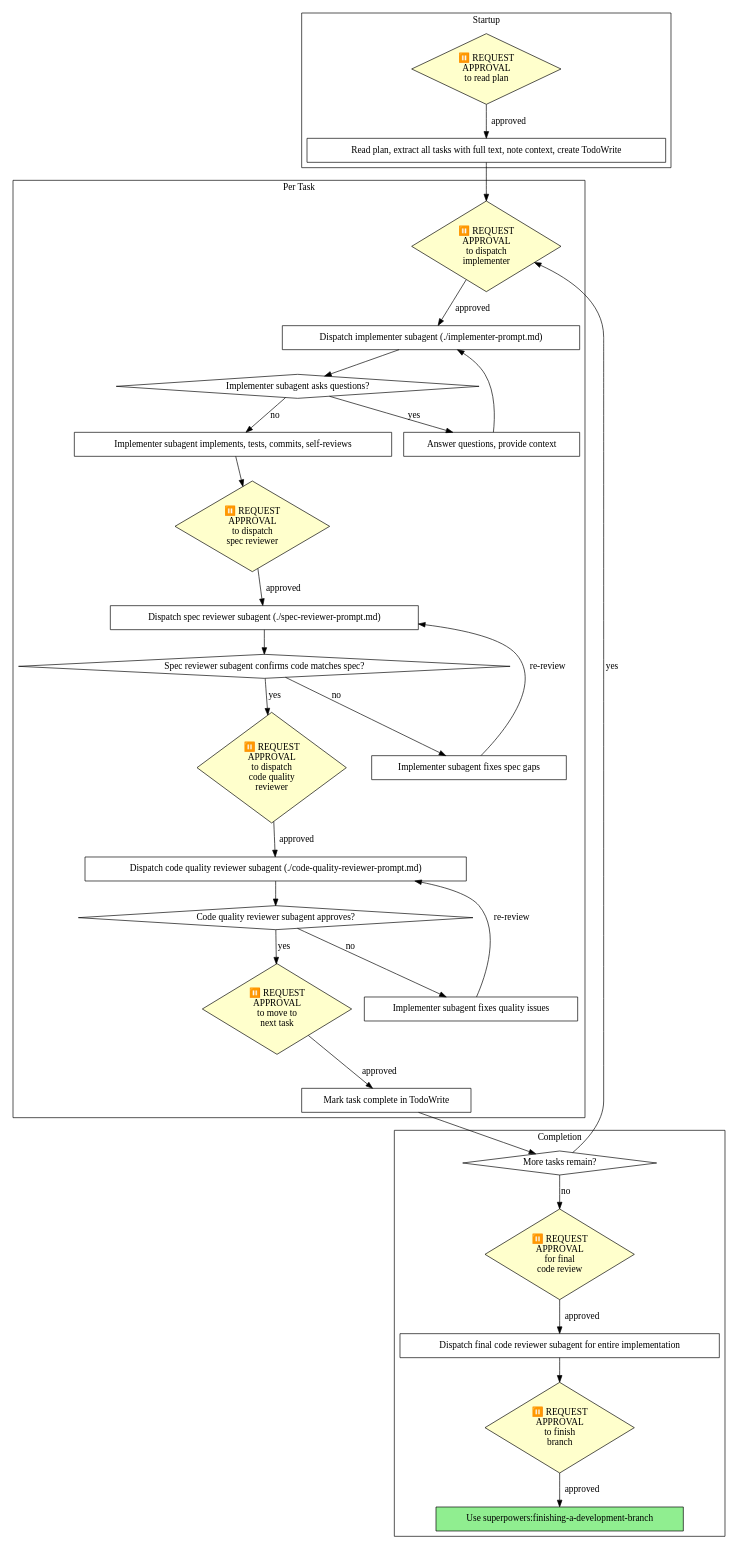
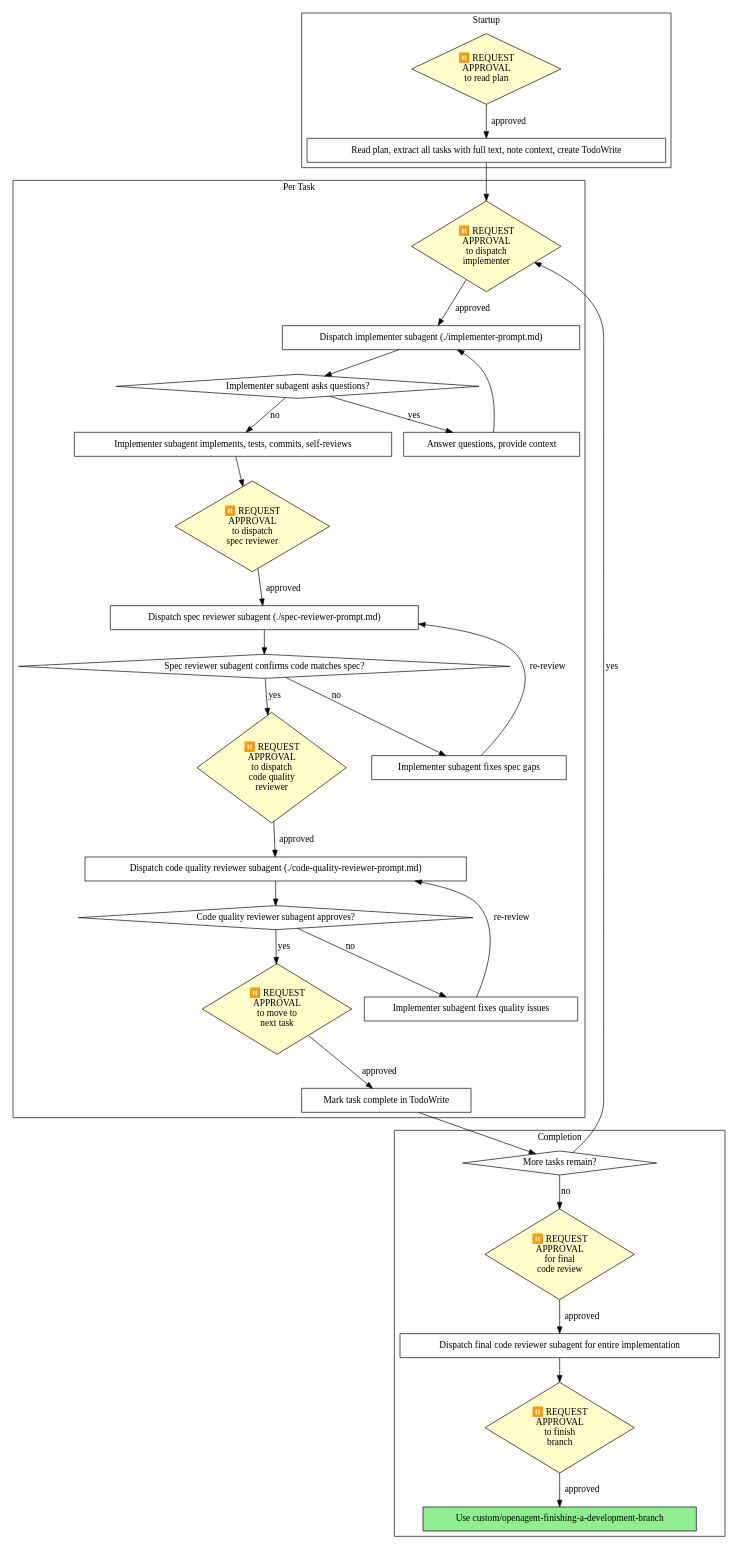
One commit to SvenMarcus/.dotfiles changed the second of 2 diagrams in opencode/.config/opencode/skills/custom/openagent-subagent-driven-development/SKILL.md. Above: the diagram before and after it, drawn with Graphviz. The commit also changed other lines of this file and 21 other files, not shown here.

````diff
--- a/opencode/.config/opencode/skills/custom/openagent-subagent-driven-development/SKILL.md
+++ b/opencode/.config/opencode/skills/custom/openagent-subagent-driven-development/SKILL.md
@@ -43,65 +43,65 @@
 ```dot
 digraph process_openagent {
     rankdir=TB;
 
     subgraph cluster_startup {
         label="Startup";
         approval_read [label="⏸️ REQUEST\nAPPROVAL\nto read plan", shape=diamond, style=filled, fillcolor="#ffffcc"];
         "Read plan, extract all tasks with full text, note context, create TodoWrite" [shape=box];
     }
 
     subgraph cluster_per_task {
         label="Per Task";
         approval_dispatch [label="⏸️ REQUEST\nAPPROVAL\nto dispatch\nimplementer", shape=diamond, style=filled, fillcolor="#ffffcc"];
         "Dispatch implementer subagent (./implementer-prompt.md)" [shape=box];
         "Implementer subagent asks questions?" [shape=diamond];
         "Answer questions, provide context" [shape=box];
         "Implementer subagent implements, tests, commits, self-reviews" [shape=box];
         approval_spec_review [label="⏸️ REQUEST\nAPPROVAL\nto dispatch\nspec reviewer", shape=diamond, style=filled, fillcolor="#ffffcc"];
         "Dispatch spec reviewer subagent (./spec-reviewer-prompt.md)" [shape=box];
         "Spec reviewer subagent confirms code matches spec?" [shape=diamond];
         "Implementer subagent fixes spec gaps" [shape=box];
         approval_code_review [label="⏸️ REQUEST\nAPPROVAL\nto dispatch\ncode quality\nreviewer", shape=diamond, style=filled, fillcolor="#ffffcc"];
         "Dispatch code quality reviewer subagent (./code-quality-reviewer-prompt.md)" [shape=box];
         "Code quality reviewer subagent approves?" [shape=diamond];
         "Implementer subagent fixes quality issues" [shape=box];
         approval_next [label="⏸️ REQUEST\nAPPROVAL\nto move to\nnext task", shape=diamond, style=filled, fillcolor="#ffffcc"];
         "Mark task complete in TodoWrite" [shape=box];
     }
 
     subgraph cluster_completion {
         label="Completion";
         "More tasks remain?" [shape=diamond];
         approval_final_review [label="⏸️ REQUEST\nAPPROVAL\nfor final\ncode review", shape=diamond, style=filled, fillcolor="#ffffcc"];
         "Dispatch final code reviewer subagent for entire implementation" [shape=box];
         approval_finish [label="⏸️ REQUEST\nAPPROVAL\nto finish\nbranch", shape=diamond, style=filled, fillcolor="#ffffcc"];
-        "Use superpowers:finishing-a-development-branch" [shape=box style=filled fillcolor=lightgreen];
+        "Use custom/openagent-finishing-a-development-branch" [shape=box style=filled fillcolor=lightgreen];
     }
 
     approval_read -> "Read plan, extract all tasks with full text, note context, create TodoWrite" [label="approved"];
     "Read plan, extract all tasks with full text, note context, create TodoWrite" -> approval_dispatch;
     approval_dispatch -> "Dispatch implementer subagent (./implementer-prompt.md)" [label="approved"];
     "Dispatch implementer subagent (./implementer-prompt.md)" -> "Implementer subagent asks questions?";
     "Implementer subagent asks questions?" -> "Answer questions, provide context" [label="yes"];
     "Answer questions, provide context" -> "Dispatch implementer subagent (./implementer-prompt.md)";
     "Implementer subagent asks questions?" -> "Implementer subagent implements, tests, commits, self-reviews" [label="no"];
     "Implementer subagent implements, tests, commits, self-reviews" -> approval_spec_review;
     approval_spec_review -> "Dispatch spec reviewer subagent (./spec-reviewer-prompt.md)" [label="approved"];
     "Dispatch spec reviewer subagent (./spec-reviewer-prompt.md)" -> "Spec reviewer subagent confirms code matches spec?";
     "Spec reviewer subagent confirms code matches spec?" -> "Implementer subagent fixes spec gaps" [label="no"];
     "Implementer subagent fixes spec gaps" -> "Dispatch spec reviewer subagent (./spec-reviewer-prompt.md)" [label="re-review"];
     "Spec reviewer subagent confirms code matches spec?" -> approval_code_review [label="yes"];
     approval_code_review -> "Dispatch code quality reviewer subagent (./code-quality-reviewer-prompt.md)" [label="approved"];
     "Dispatch code quality reviewer subagent (./code-quality-reviewer-prompt.md)" -> "Code quality reviewer subagent approves?";
     "Code quality reviewer subagent approves?" -> "Implementer subagent fixes quality issues" [label="no"];
     "Implementer subagent fixes quality issues" -> "Dispatch code quality reviewer subagent (./code-quality-reviewer-prompt.md)" [label="re-review"];
     "Code quality reviewer subagent approves?" -> approval_next [label="yes"];
     approval_next -> "Mark task complete in TodoWrite" [label="approved"];
     "Mark task complete in TodoWrite" -> "More tasks remain?";
     "More tasks remain?" -> approval_dispatch [label="yes"];
     "More tasks remain?" -> approval_final_review [label="no"];
     approval_final_review -> "Dispatch final code reviewer subagent for entire implementation" [label="approved"];
     "Dispatch final code reviewer subagent for entire implementation" -> approval_finish;
-    approval_finish -> "Use superpowers:finishing-a-development-branch" [label="approved"];
+    approval_finish -> "Use custom/openagent-finishing-a-development-branch" [label="approved"];
 }
 ```
````
